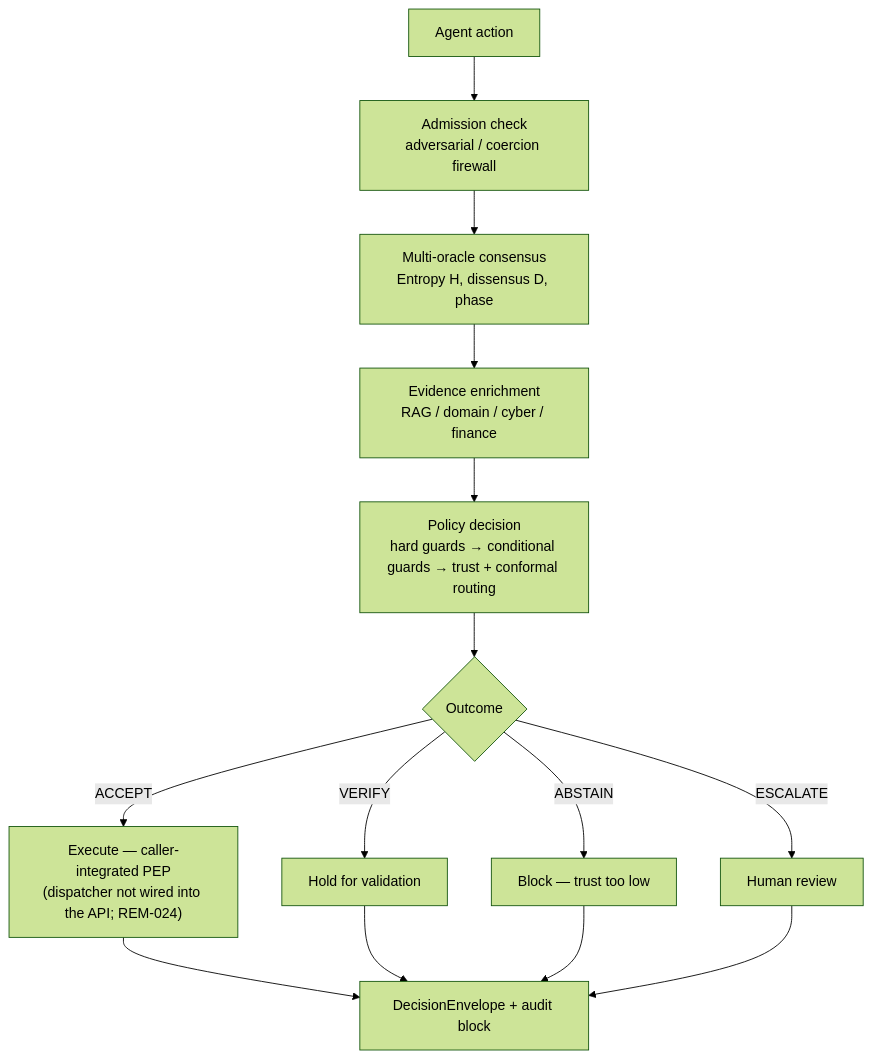
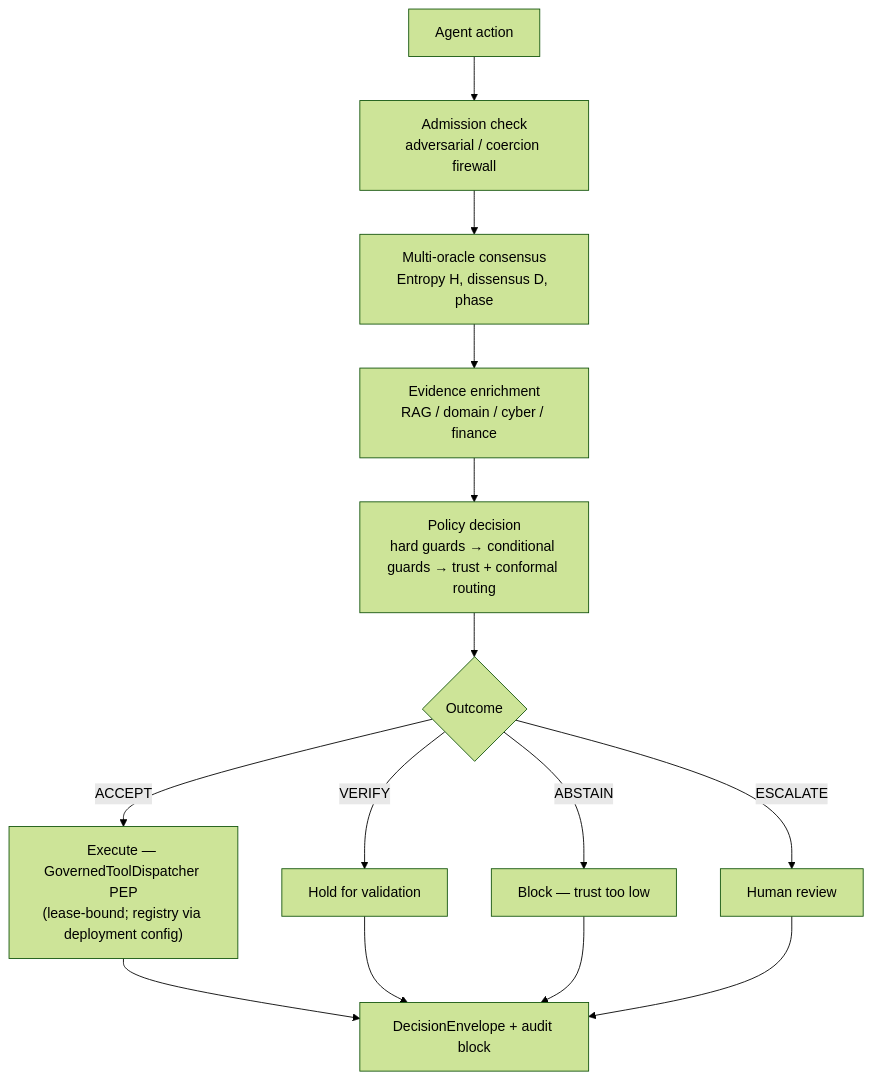
One commit to darklordVirtual/REMORA-research changed the diagram in README.md. Above: the diagram before and after it, drawn with Mermaid (forest theme). The commit also changed other lines of this file and 4 other files, not shown here.

````diff
--- a/README.md
+++ b/README.md
@@ -36,16 +36,16 @@
 ```mermaid
 flowchart TD
     A[Agent action] --> B[Admission check\nadversarial / coercion firewall]
     B --> C[Multi-oracle consensus\nEntropy H, dissensus D, phase]
     C --> D[Evidence enrichment\nRAG / domain / cyber / finance]
     D --> E[Policy decision\nhard guards → conditional guards → trust + conformal routing]
     E --> F{Outcome}
-    F -->|ACCEPT| G["Execute — caller-integrated PEP\n(dispatcher not wired into the API; REM-024)"]
+    F -->|ACCEPT| G["Execute — GovernedToolDispatcher PEP\n(lease-bound; registry via deployment config)"]
     F -->|VERIFY| H[Hold for validation]
     F -->|ABSTAIN| I[Block — trust too low]
     F -->|ESCALATE| J[Human review]
     G --> K[DecisionEnvelope + audit block]
     H --> K
     I --> K
     J --> K
 ```
````
